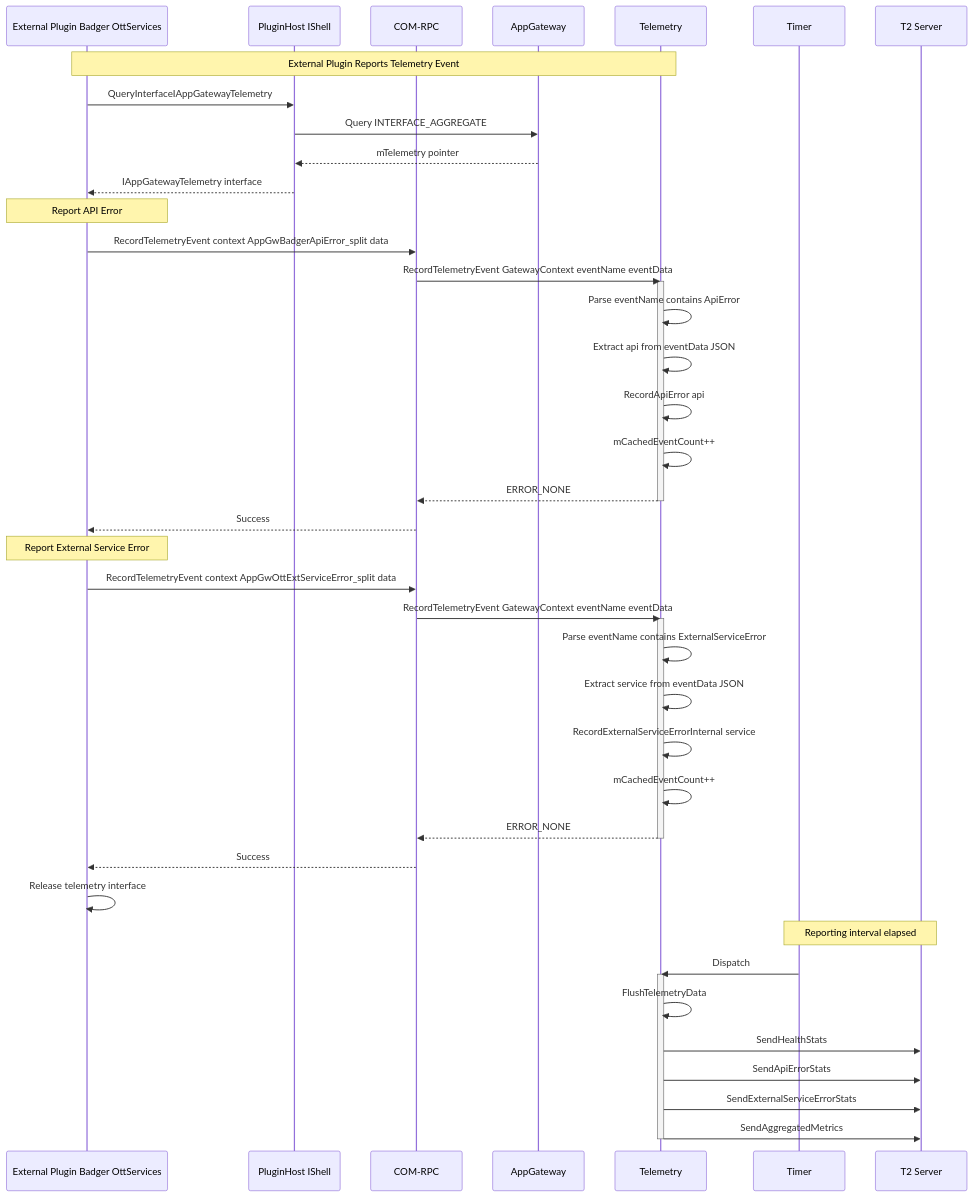
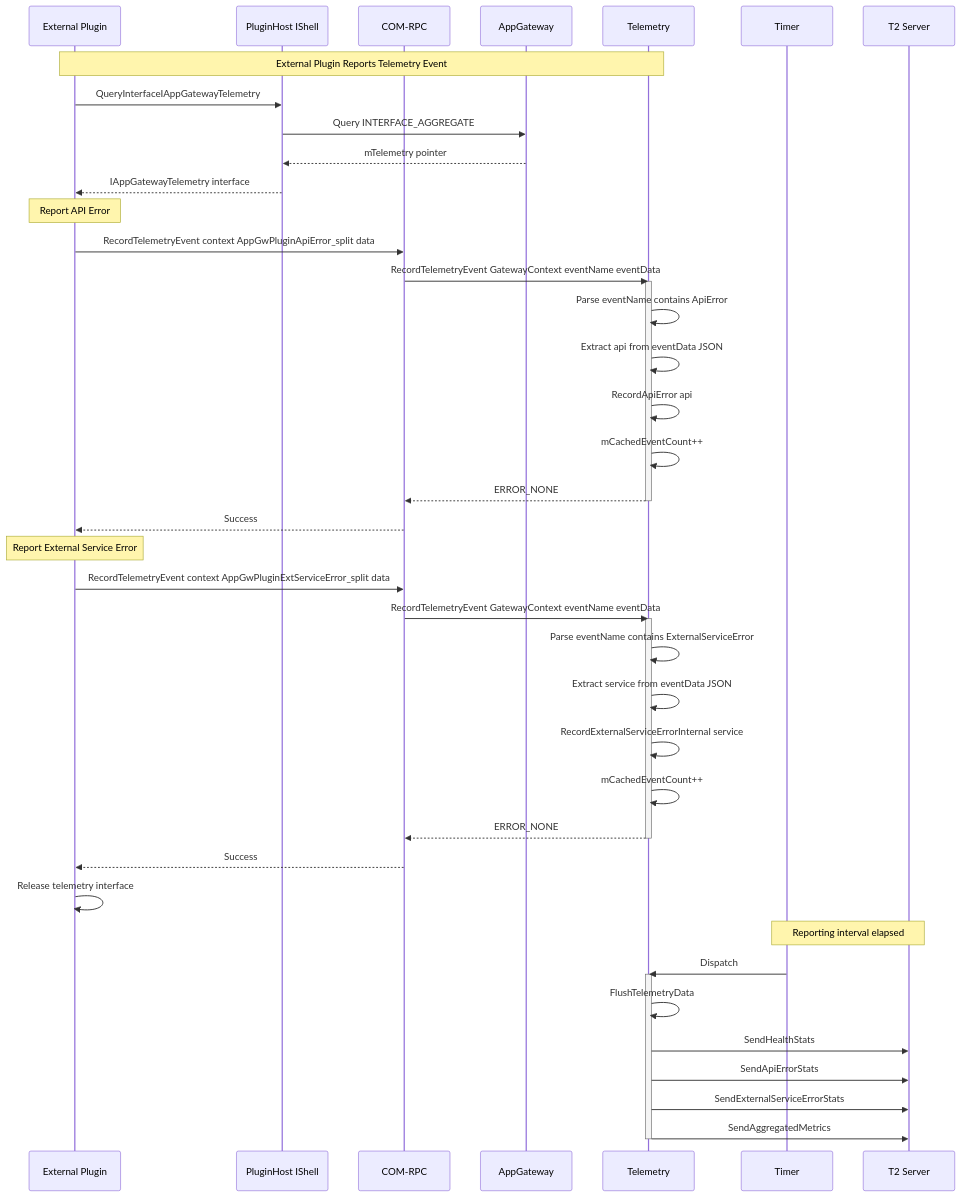
The diagram in AppGateway/docs/sequence-diagrams/06_COM_RPC_Event_Telemetry.md (rdkcentral/entservices-appgateway), drawn with Mermaid before and after one commit. The commit also changed other lines of this file and 12 other files, not shown here.

````diff
--- a/AppGateway/docs/sequence-diagrams/06_COM_RPC_Event_Telemetry.md
+++ b/AppGateway/docs/sequence-diagrams/06_COM_RPC_Event_Telemetry.md
@@ -9,54 +9,54 @@
 ```mermaid
 sequenceDiagram
-    participant Ext as External Plugin Badger OttServices
+    participant Ext as External Plugin
     participant Shell as PluginHost IShell
     participant COMRPC as COM-RPC
     participant AG as AppGateway
     participant AGT as Telemetry
     participant Timer as Timer
     participant T2 as T2 Server
 
     Note over Ext,AGT: External Plugin Reports Telemetry Event
 
     Ext->>Shell: QueryInterfaceIAppGatewayTelemetry
     Shell->>AG: Query INTERFACE_AGGREGATE
     AG-->>Shell: mTelemetry pointer
     Shell-->>Ext: IAppGatewayTelemetry interface
     
     Note over Ext: Report API Error
-    Ext->>COMRPC: RecordTelemetryEvent context AppGwBadgerApiError_split data
+    Ext->>COMRPC: RecordTelemetryEvent context AppGwPluginApiError_split data
     COMRPC->>AGT: RecordTelemetryEvent GatewayContext eventName eventData
     activate AGT
     AGT->>AGT: Parse eventName contains ApiError
     AGT->>AGT: Extract api from eventData JSON
     AGT->>AGT: RecordApiError api
     AGT->>AGT: mCachedEventCount++
     AGT-->>COMRPC: ERROR_NONE
     deactivate AGT
     COMRPC-->>Ext: Success
     
     Note over Ext: Report External Service Error
-    Ext->>COMRPC: RecordTelemetryEvent context AppGwOttExtServiceError_split data
+    Ext->>COMRPC: RecordTelemetryEvent context AppGwPluginExtServiceError_split data
     COMRPC->>AGT: RecordTelemetryEvent GatewayContext eventName eventData
     activate AGT
     AGT->>AGT: Parse eventName contains ExternalServiceError
     AGT->>AGT: Extract service from eventData JSON
     AGT->>AGT: RecordExternalServiceErrorInternal service
     AGT->>AGT: mCachedEventCount++
     AGT-->>COMRPC: ERROR_NONE
     deactivate AGT
     COMRPC-->>Ext: Success
     
     Ext->>Ext: Release telemetry interface
 
     Note over Timer,T2: Reporting interval elapsed
 
     Timer->>AGT: Dispatch
     activate AGT
     AGT->>AGT: FlushTelemetryData
     AGT->>T2: SendHealthStats
     AGT->>T2: SendApiErrorStats
     AGT->>T2: SendExternalServiceErrorStats
     AGT->>T2: SendAggregatedMetrics
     deactivate AGT
 ```
````
